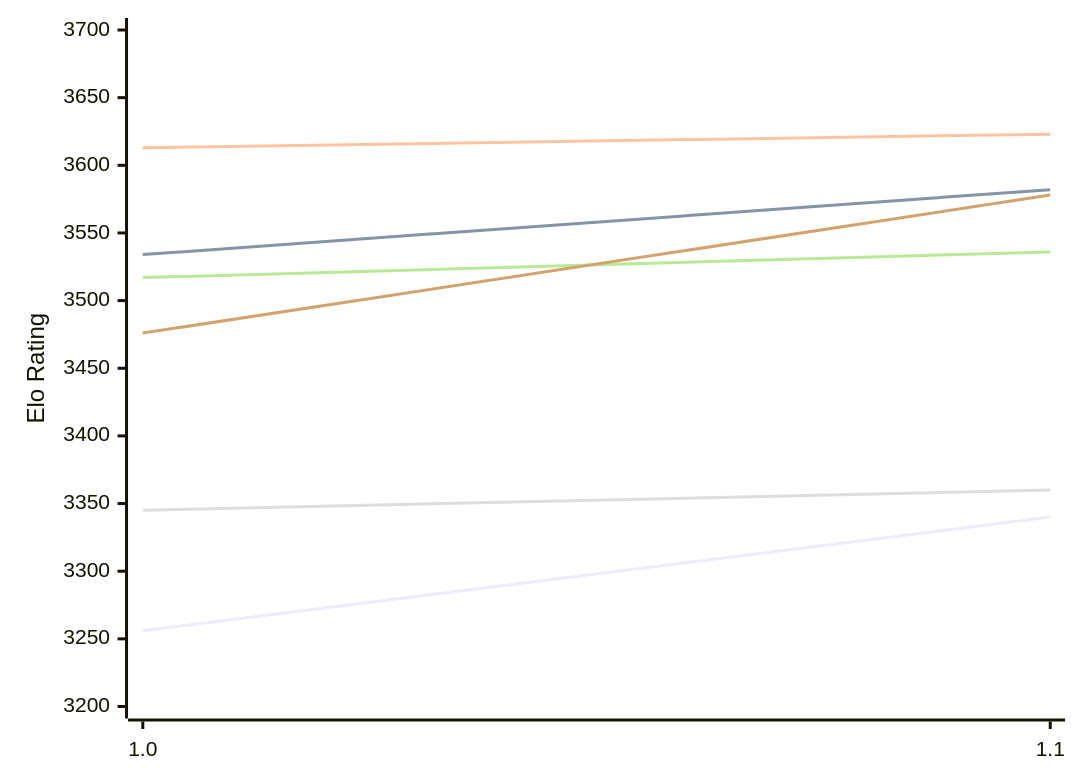
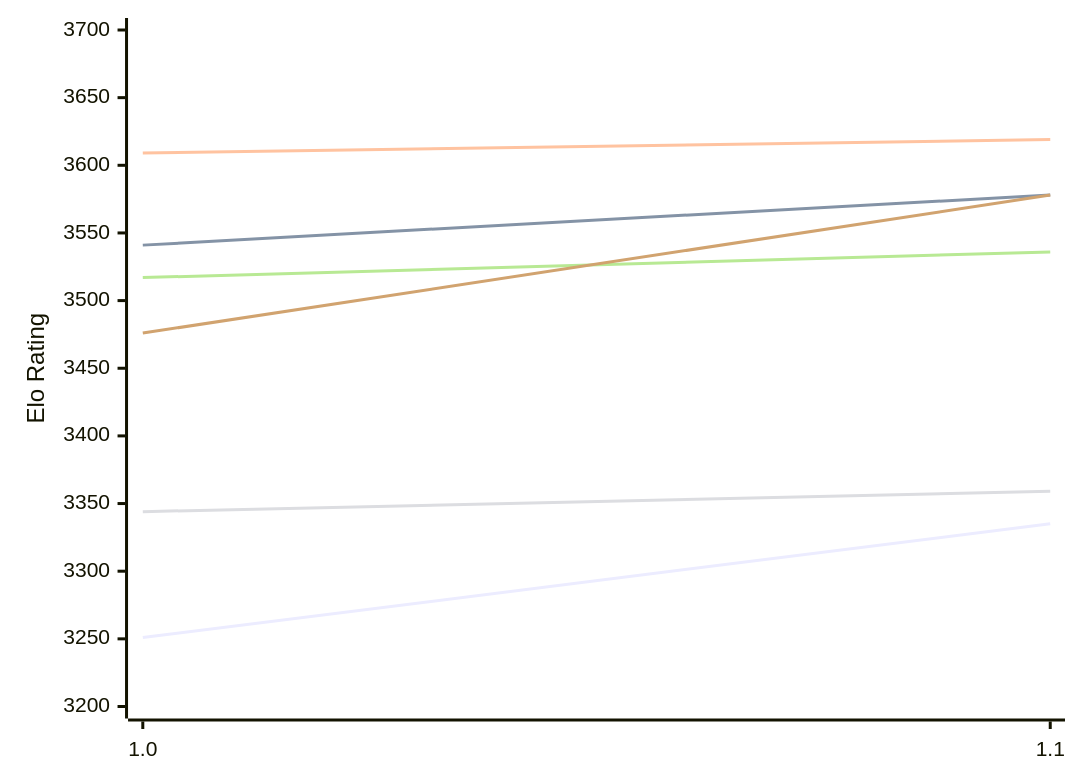
The first of 2 diagrams in engines/Horsie.md (computer-chess-index/cci), drawn with Mermaid before and after one commit. The commit also changed other lines of this file, not shown here.

Commit message:
Update CCI Ratings (ELO VLTC) - 2026-11-26

````diff
--- a/engines/Horsie.md
+++ b/engines/Horsie.md
@@ -50,12 +50,12 @@
 ```mermaid
 %%{init: {"theme":"base","themeVariables":{"seriesColors:['#a3a3a3','#222221','#faa371']}}}%%
 xychart-beta
   x-axis ["1.0", "1.1"]
   y-axis "Elo Rating" 3200 --> 3700
-  line "E1: STC (8.0+0.08s)" [3256, 3340]
-  line "E1: LTC (60.0+0.60s)" [3534, 3582]
-  line "E1: VLTC (2m24s+1.12s)" [3613, 3623]
-  line "P1: STC (8.0+0.08s)" [3345, 3360]
+  line "E1: STC (8.0+0.08s)" [3251, 3335]
+  line "E1: LTC (60.0+0.60s)" [3541, 3578]
+  line "E1: VLTC (2m24s+1.12s)" [3609, 3619]
+  line "P1: STC (8.0+0.08s)" [3344, 3359]
   line "P1: LTC (60.0+0.60s)" [3517, 3536]
   line "P1: VLTC (2m24s+1.12s)" [3476, 3578]
 ```
````
